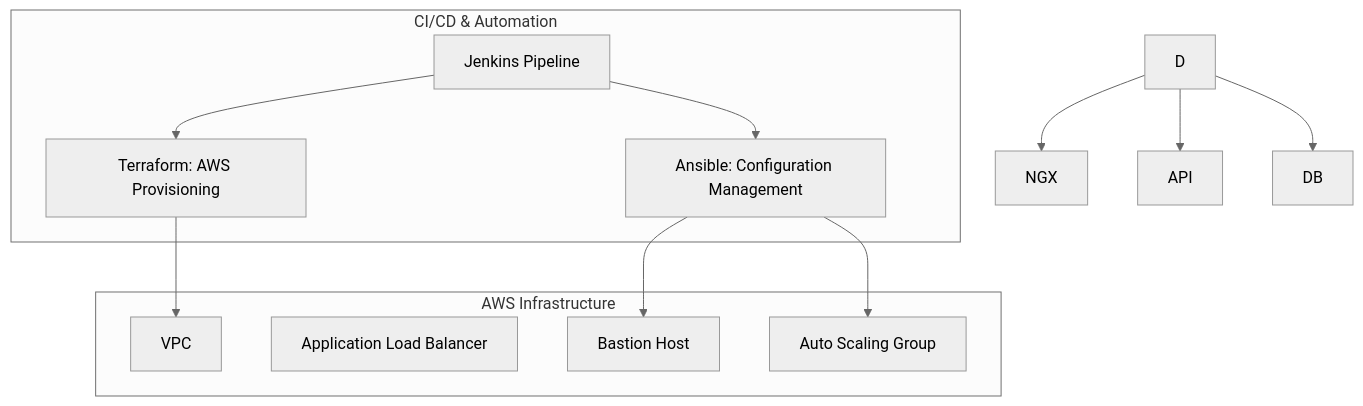
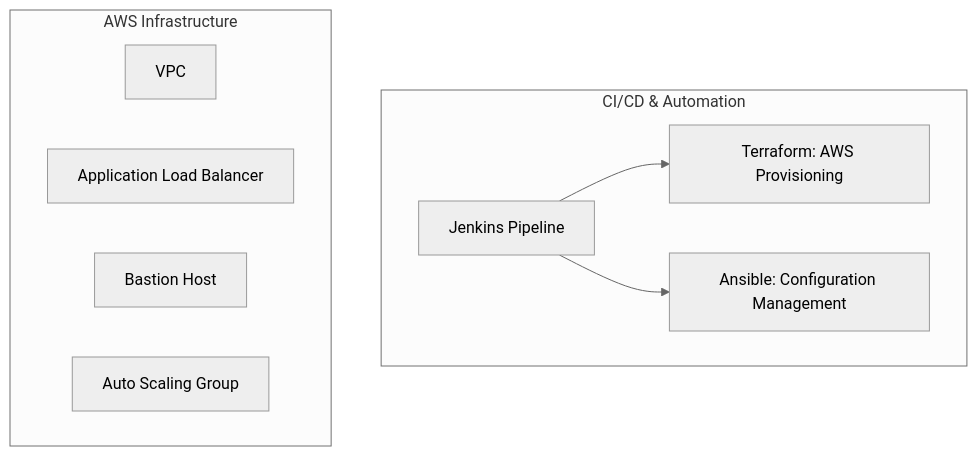
One commit to sakshit1441/Mongodb_One_Click changed the diagram in README.md. Above: the diagram before and after it, drawn with Mermaid (neutral theme). The commit also changed other lines of this file, not shown here.

````diff
--- a/README.md
+++ b/README.md
@@ -11,23 +11,16 @@
 ```mermaid
 graph TD
     subgraph "CI/CD & Automation"
         J[Jenkins Pipeline] --> T[Terraform: AWS Provisioning]
         J --> A[Ansible: Configuration Management]
       
     end
 
     subgraph "AWS Infrastructure"
         VPC[VPC]
         ALB[Application Load Balancer]
         BAS[Bastion Host]
         ASG[Auto Scaling Group]
     end
 
-
-    T --> VPC
-    A --> BAS
-    A --> ASG
-    D --> NGX
-    D --> API
-    D --> DB
 ```
````
